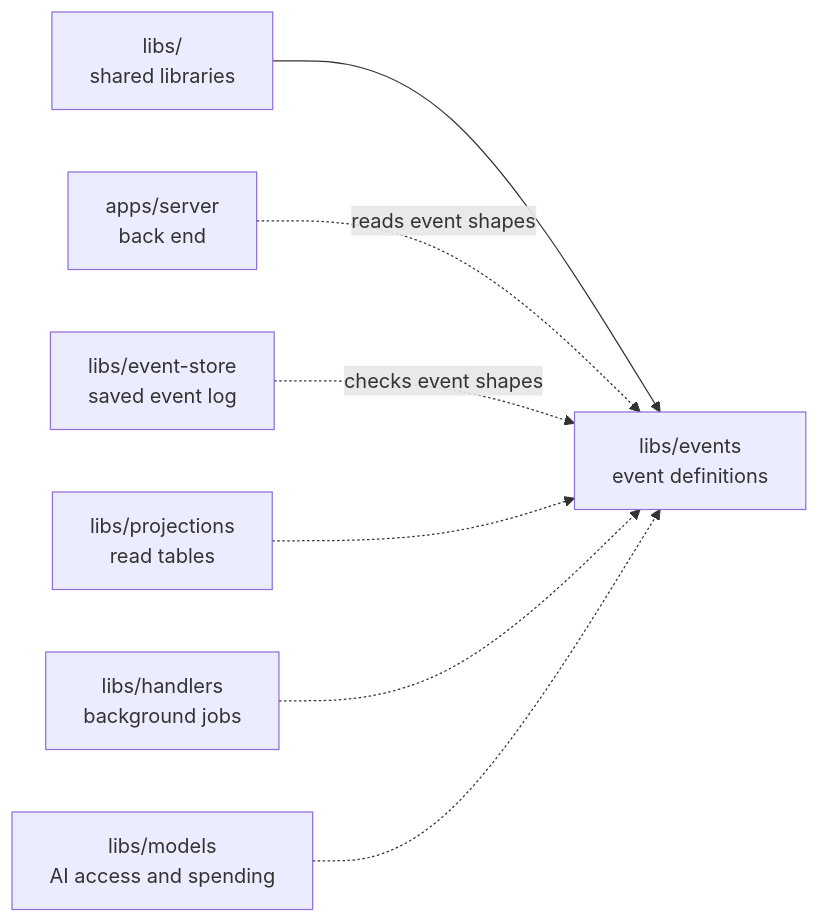
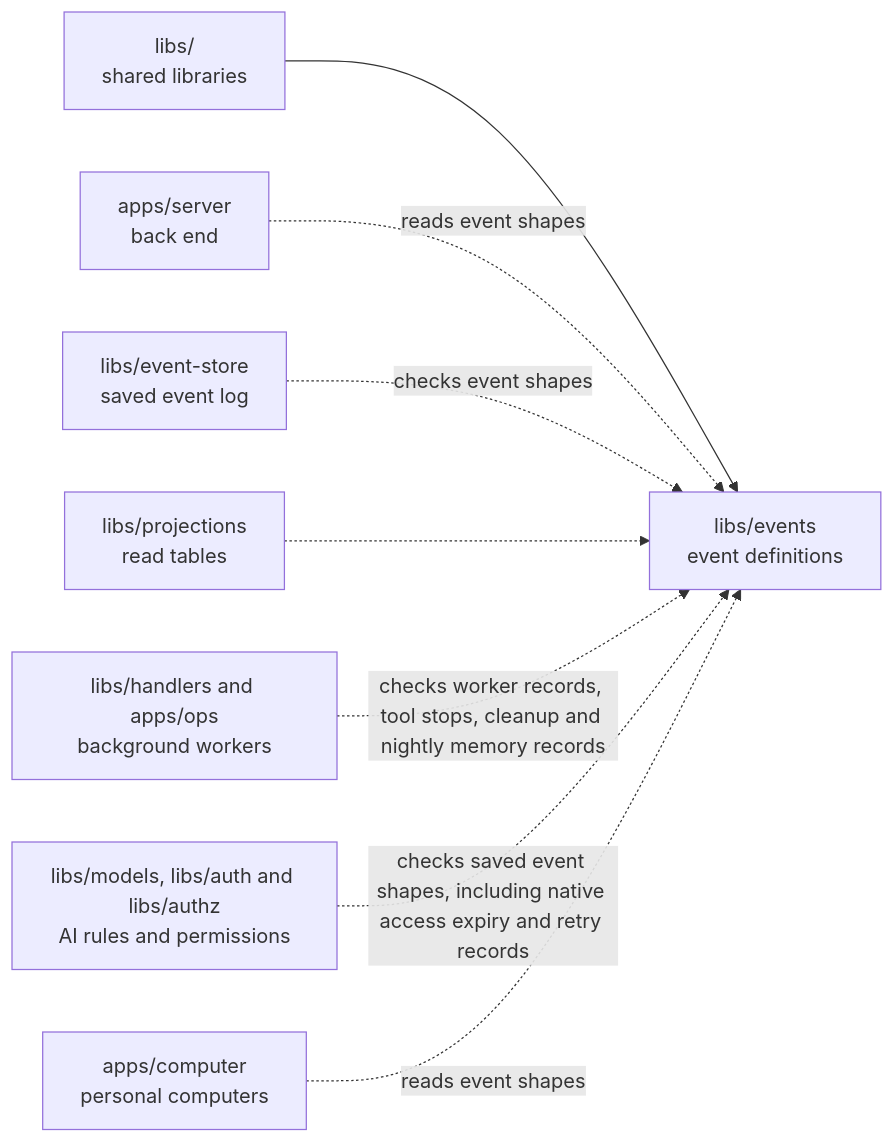
The diagram in libs/events/README.md (elewa-git/opencrane-new), drawn with Mermaid before and after one commit. The commit also changed other lines of this file and 11 other files, not shown here.

Commit message:
🔒 Preserve native call access expiry through recovery and restart

````diff
--- a/libs/events/README.md
+++ b/libs/events/README.md
@@ -19,9 +17,10 @@
 ```mermaid
 flowchart LR
   parent["libs/<br/>shared libraries"] --> events["libs/events<br/>event definitions"]
   server["apps/server<br/>back end"] -.->|reads event shapes| events
   store["libs/event-store<br/>saved event log"] -.->|checks event shapes| events
   projections["libs/projections<br/>read tables"] -.-> events
-  handlers["libs/handlers<br/>background jobs"] -.-> events
-  models["libs/models<br/>AI access and spending"] -.-> events
+  workers["libs/handlers and apps/ops<br/>background workers"] -.->|checks worker records, tool stops, cleanup and nightly memory records| events
+  models["libs/models, libs/auth and libs/authz<br/>AI rules and permissions"] -.->|checks saved event shapes, including native access expiry and retry records| events
+  computer["apps/computer<br/>personal computers"] -.->|reads event shapes| events
 ```
````
